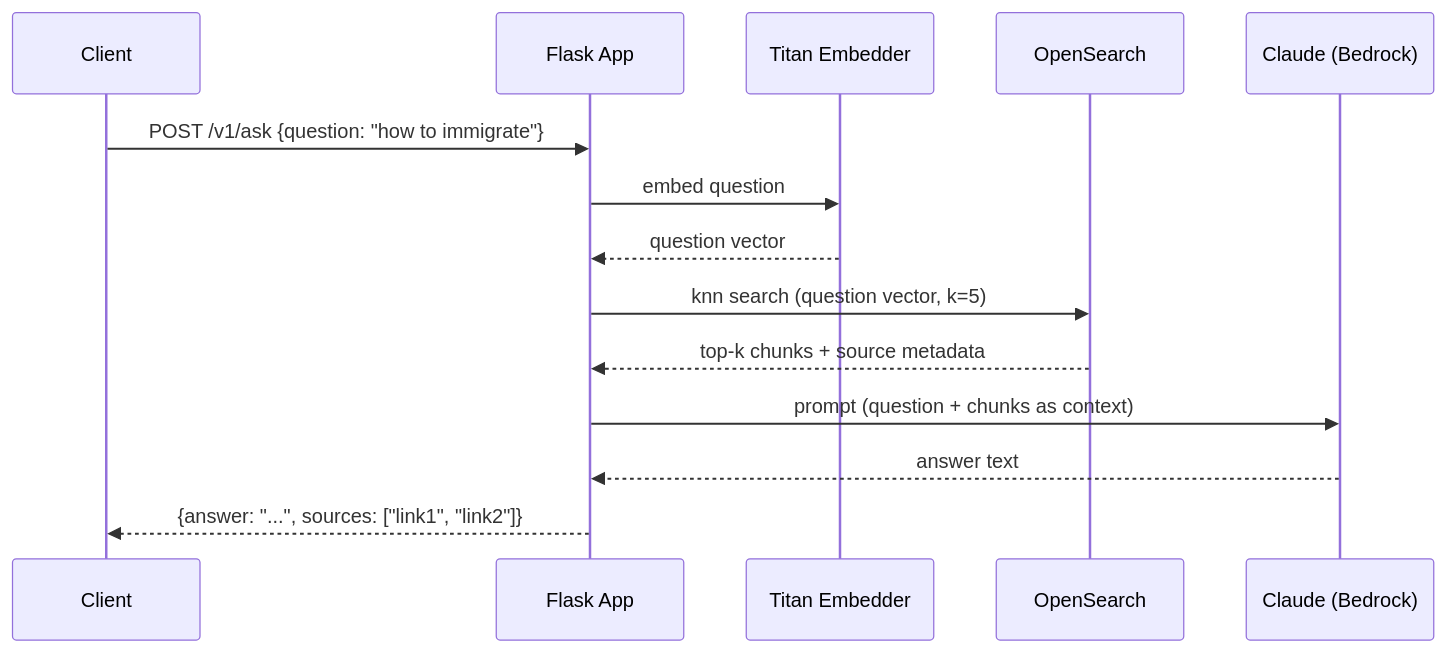
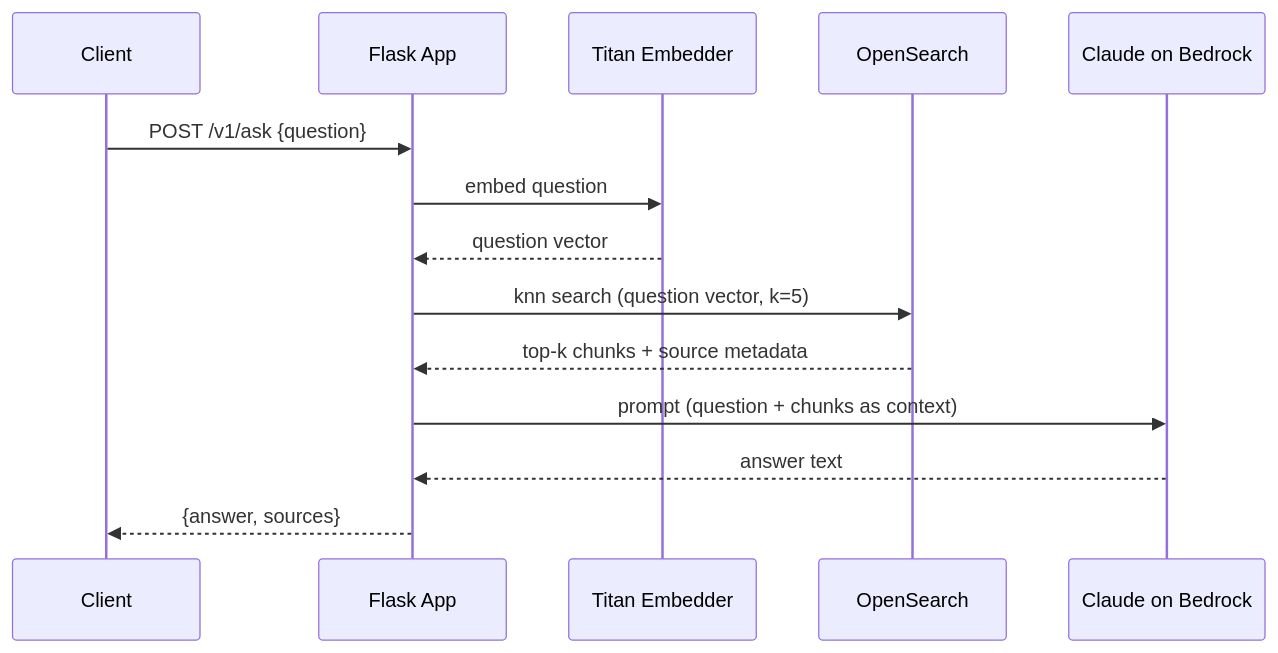
One commit to segalmax/immigration-rag changed the fourth of 4 diagrams in docs/sequence-diagrams.md. Above: the diagram before and after it, drawn with Mermaid. The commit also changed other lines of this file, not shown here.

First line of the commit message:
docs: fix Mermaid parse errors in sequence diagrams

````diff
--- a/docs/sequence-diagrams.md
+++ b/docs/sequence-diagrams.md
@@ -134,21 +134,21 @@
 ```mermaid
 sequenceDiagram
     participant C as Client
     participant F as Flask App
     participant T as Titan Embedder
     participant OS as OpenSearch
-    participant CL as Claude (Bedrock)
+    participant CL as Claude on Bedrock
 
-    C->>F: POST /v1/ask {question: "how to immigrate"}
+    C->>F: POST /v1/ask {question}
 
     F->>T: embed question
     T-->>F: question vector
 
     F->>OS: knn search (question vector, k=5)
     OS-->>F: top-k chunks + source metadata
 
     F->>CL: prompt (question + chunks as context)
     CL-->>F: answer text
 
-    F-->>C: {answer: "...", sources: ["link1", "link2"]}
+    F-->>C: {answer, sources}
 ```
````
